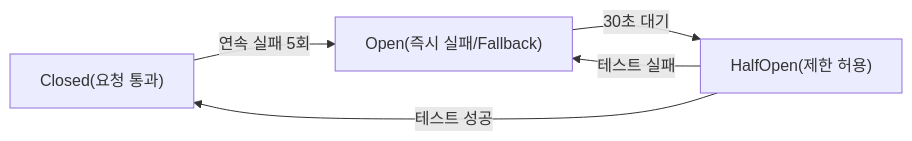
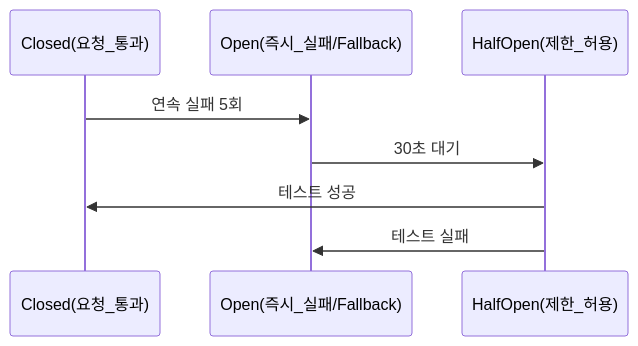
Before and after one commit to yjkim2015/yjkim2015.github.io: the tenth of 15 diagrams in _posts/architecture/2026-05-02-msa-deep.md, drawn with Mermaid. The commit also changed other lines of this file and 89 other files, not shown here.

First line of the commit message:
복잡한 flowchart 163개 → sequenceDiagram 변환 (90파일)

````diff
--- a/_posts/architecture/2026-05-02-msa-deep.md
+++ b/_posts/architecture/2026-05-02-msa-deep.md
@@ -295,10 +295,7 @@
 ```mermaid
-graph LR
-    Closed["Closed(요청 통과)"]
-    Open["Open(즉시 실패/Fallback)"]
-    HalfOpen["HalfOpen(제한 허용)"]
-    Closed -->|"연속 실패 5회"| Open
-    Open -->|"30초 대기"| HalfOpen
-    HalfOpen -->|"테스트 성공"| Closed
-    HalfOpen -->|"테스트 실패"| Open
+sequenceDiagram
+    Closed(요청_통과)->>Open(즉시_실패/Fallback): 연속 실패 5회
+    Open(즉시_실패/Fallback)->>HalfOpen(제한_허용): 30초 대기
+    HalfOpen(제한_허용)->>Closed(요청_통과): 테스트 성공
+    HalfOpen(제한_허용)->>Open(즉시_실패/Fallback): 테스트 실패
 ```
````
